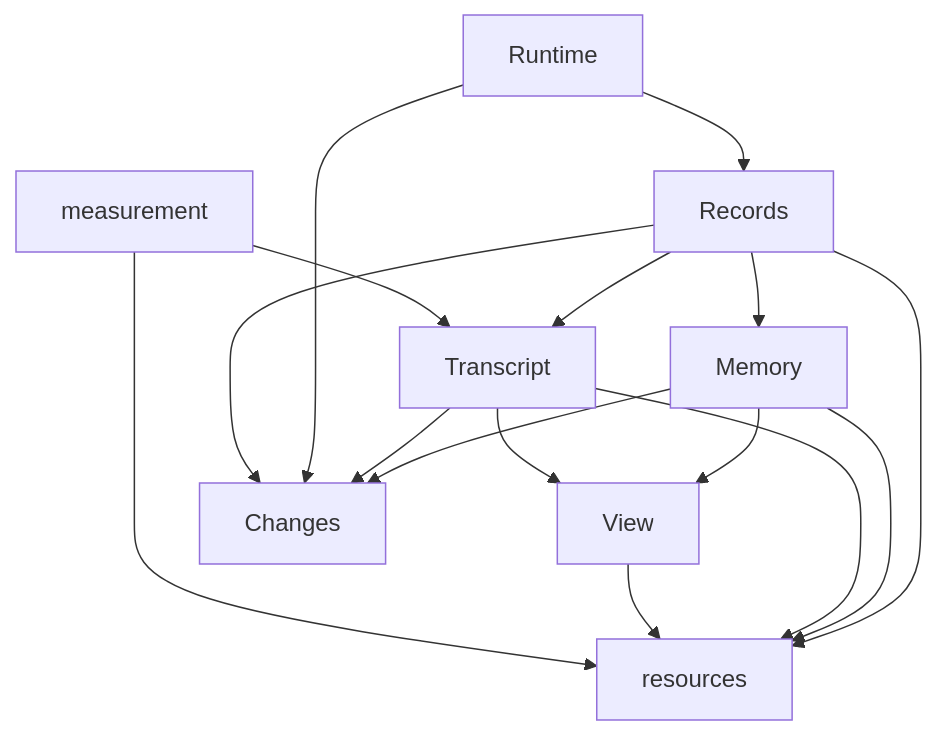
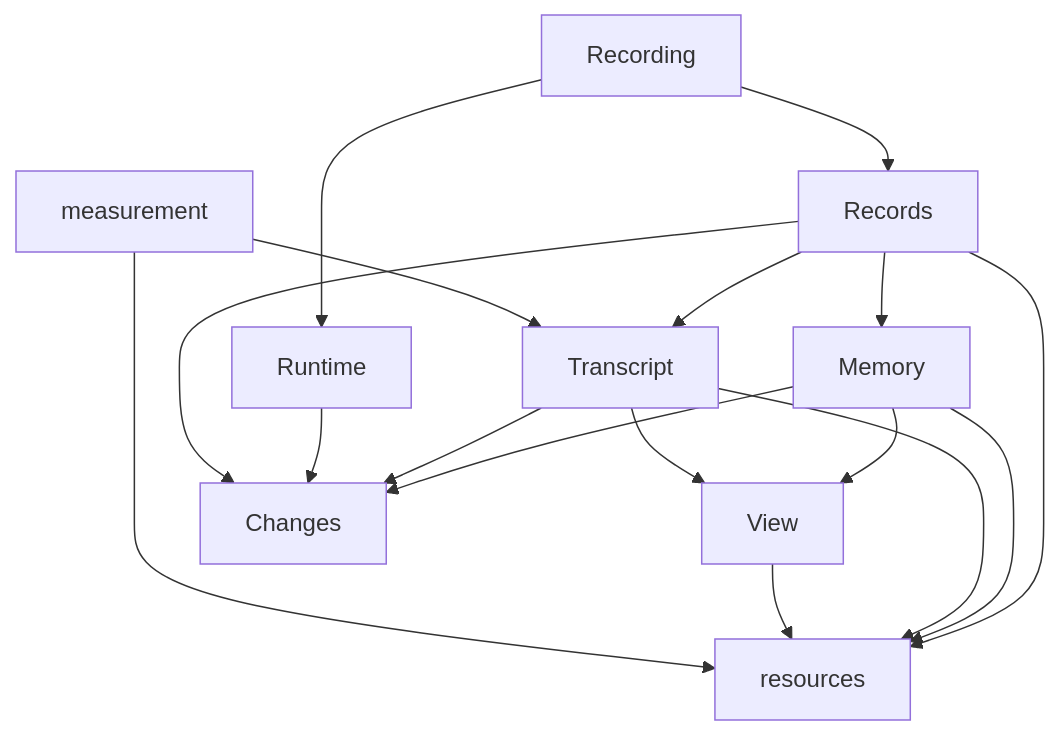
One commit to weiliang0121/capix changed the diagram in docs/content-entities-packages.md. Above: the diagram before and after it, drawn with Mermaid. The commit also changed other lines of this file and 278 other files, not shown here.

````diff
--- a/docs/content-entities-packages.md
+++ b/docs/content-entities-packages.md
@@ -27,18 +27,19 @@
 ```mermaid
 flowchart TD
   Memory --> View
   Transcript --> View
   Memory --> Changes
   Transcript --> Changes
   Runtime --> Changes
-  Runtime --> Records
+  Recording --> Runtime
+  Recording --> Records
   Records --> Changes
   Records --> Memory
   Records --> Transcript
   Records --> Resources[resources]
   Memory --> Resources
   Transcript --> Resources
   View --> Resources
   Selection[measurement] --> Transcript
   Selection --> Resources
 ```
````
